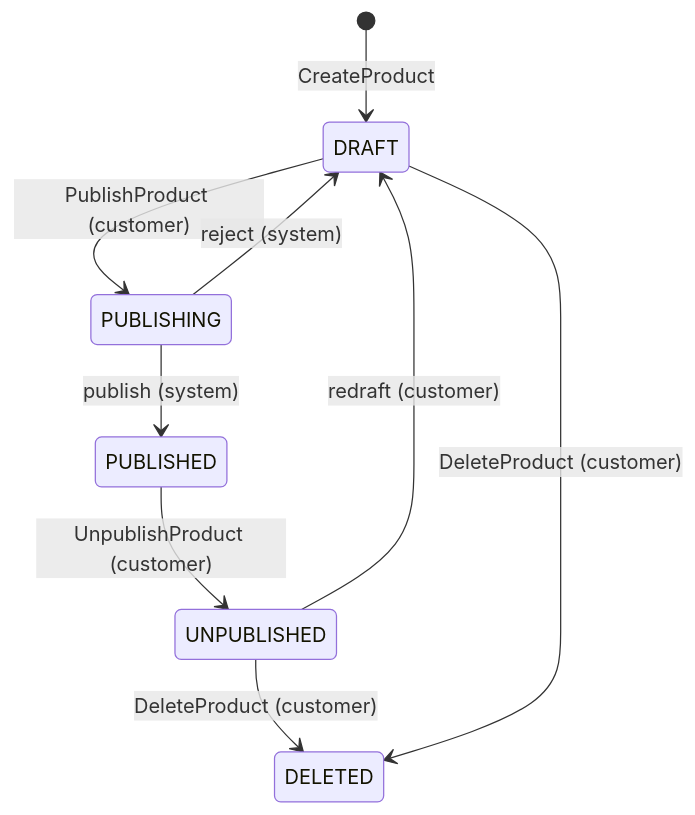
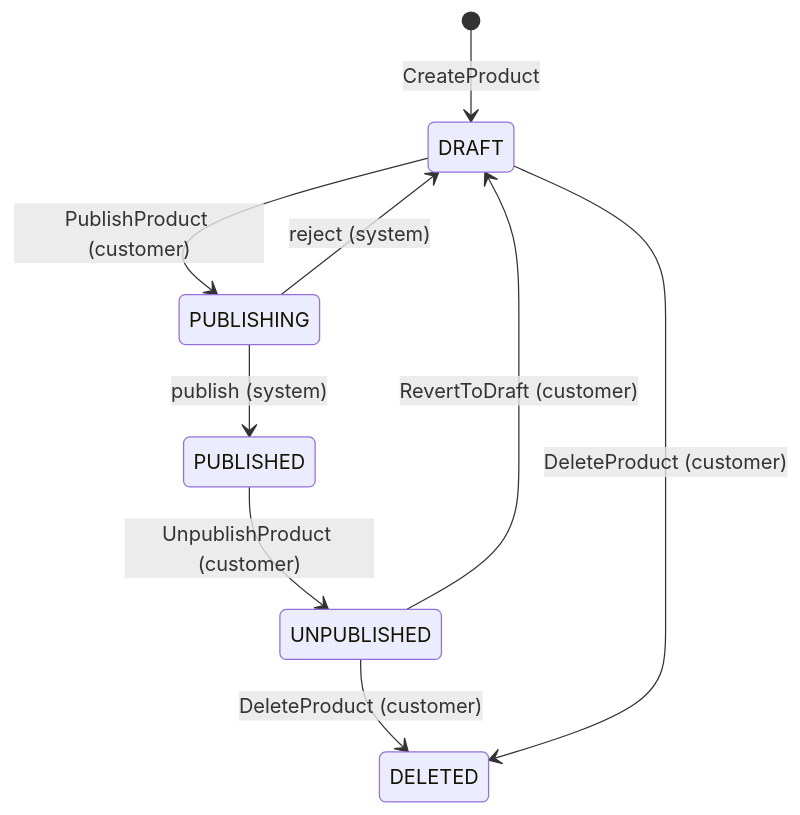
Before and after one commit to ciuckc/resolog: the diagram in README.md, drawn with Mermaid. The commit also changed other lines of this file, not shown here.

````diff
--- a/README.md
+++ b/README.md
@@ -39,11 +40,11 @@
 ```mermaid
 stateDiagram-v2
     [*] --> DRAFT : CreateProduct
     DRAFT --> PUBLISHING : PublishProduct (customer)
     PUBLISHING --> PUBLISHED : publish (system)
     PUBLISHING --> DRAFT : reject (system)
     PUBLISHED --> UNPUBLISHED : UnpublishProduct (customer)
-    UNPUBLISHED --> DRAFT : redraft (customer)
+    UNPUBLISHED --> DRAFT : RevertToDraft (customer)
     UNPUBLISHED --> DELETED : DeleteProduct (customer)
     DRAFT --> DELETED : DeleteProduct (customer)
 ```
````
